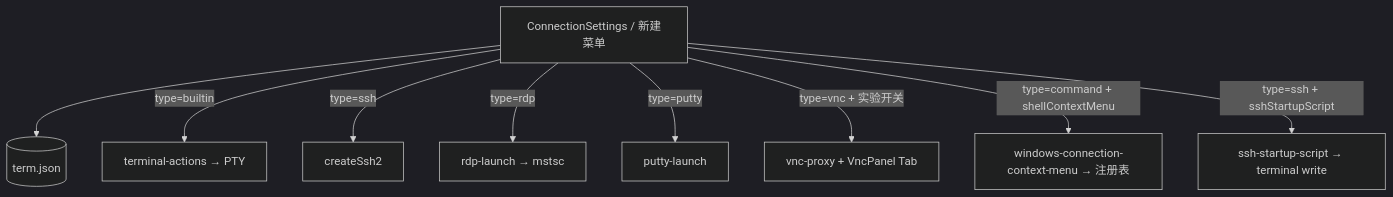
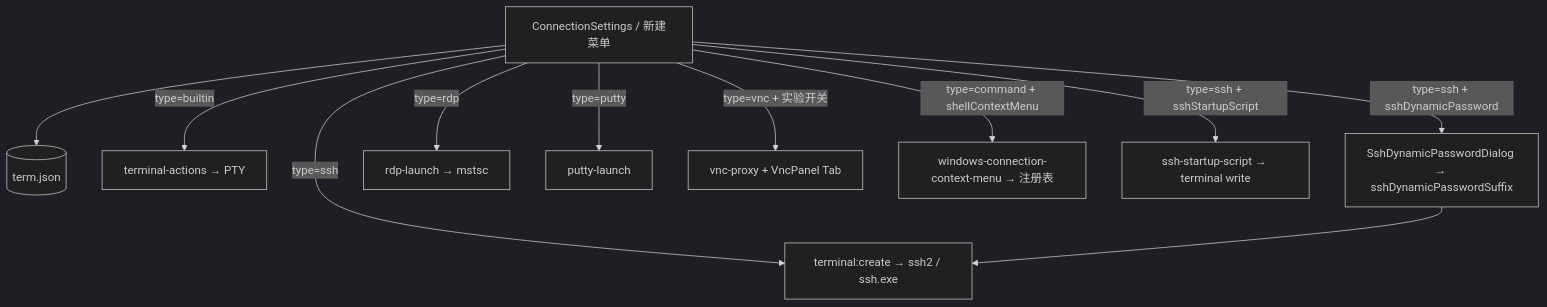
The first of 5 diagrams in docs/功能连接管理.md (Landers1037/NioZy), drawn with Mermaid (dark theme) before and after one commit. The commit also changed other lines of this file and 19 other files, not shown here.

First line of the commit message:
feat(ssh): add dynamic password for SSH connections

````diff
--- a/docs/功能连接管理.md
+++ b/docs/功能连接管理.md
@@ -32,14 +33,16 @@
 ```mermaid
 flowchart TB
   List["ConnectionSettings / 新建菜单"]
   termjson[("term.json")]
   List --> termjson
 
   List -->|type=builtin| Local["terminal-actions → PTY"]
-  List -->|type=ssh| SSH["createSsh2"]
+  List -->|type=ssh| SSH["terminal:create → ssh2 / ssh.exe"]
+  List -->|type=ssh + sshDynamicPassword| DynPwd["SshDynamicPasswordDialog → sshDynamicPasswordSuffix"]
   List -->|type=rdp| RDP["rdp-launch → mstsc"]
   List -->|type=putty| PuTTY["putty-launch"]
   List -->|type=vnc + 实验开关| VNC["vnc-proxy + VncPanel Tab"]
   List -->|type=command + shellContextMenu| Reg["windows-connection-context-menu → 注册表"]
   List -->|type=ssh + sshStartupScript| Script["ssh-startup-script → terminal write"]
+  DynPwd --> SSH
 ```
````
